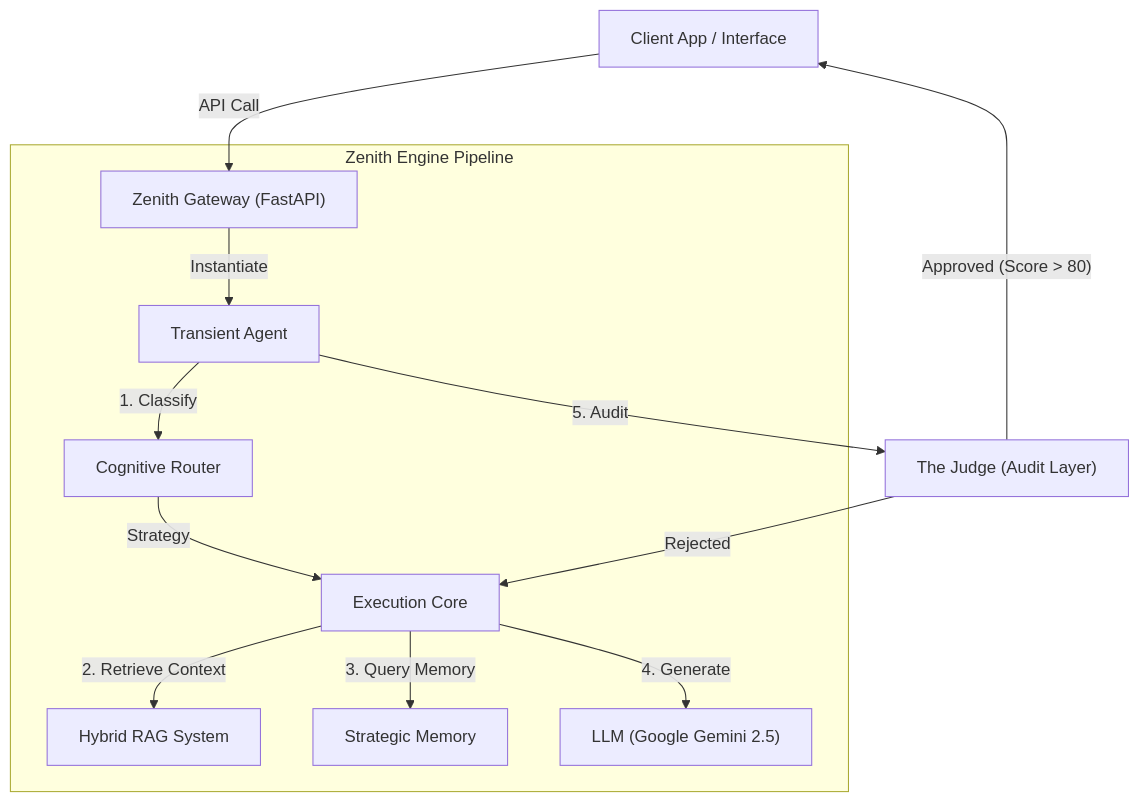
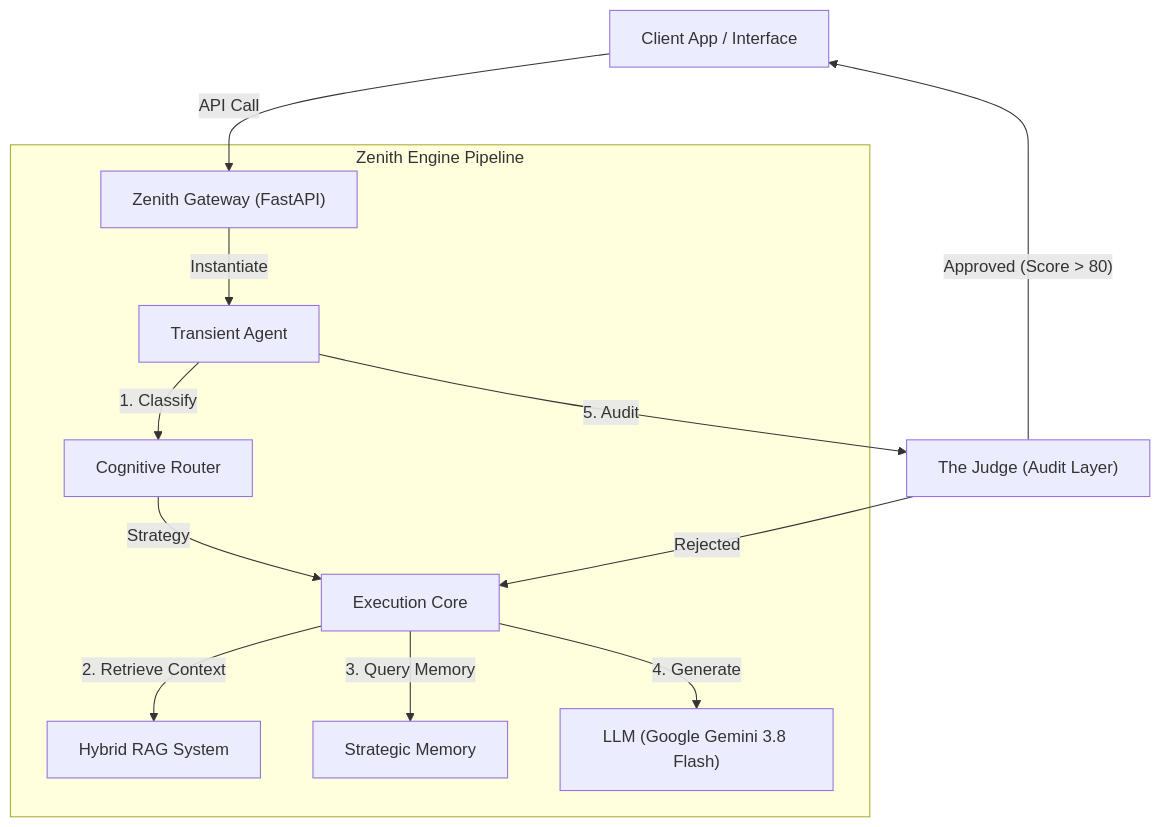
The diagram in README.md (stuartfsi05/Zenith-Prompt-Architect-Engine), drawn with Mermaid before and after one commit. The commit also changed other lines of this file and 14 other files, not shown here.

Commit message:
feat(llm): upgrade to Gemini 3.8 Flash hybrid stack and Gemini Embedding 2

````diff
--- a/README.md
+++ b/README.md
@@ -29,19 +29,19 @@
 ```mermaid
 graph TD
     Client["Client App / Interface"] -->|API Call| API["Zenith Gateway (FastAPI)"]
     
     subgraph "Zenith Engine Pipeline"
         API -->|Instantiate| Agent["Transient Agent"]
         Agent -->|1. Classify| Router["Cognitive Router"]
         
         Router -->|Strategy| Executor["Execution Core"]
         Executor -->|2. Retrieve Context| HybridRAG["Hybrid RAG System"]
         Executor -->|3. Query Memory| Profiler["Strategic Memory"]
         
-        Executor -->|4. Generate| LLM["LLM (Google Gemini 2.5)"]
+        Executor -->|4. Generate| LLM["LLM (Google Gemini 3.8 Flash)"]
     end
     
     Agent -->|5. Audit| Judge["The Judge (Audit Layer)"]
     Judge -- Approved (Score > 80) --> Client
     Judge -- Rejected --> Executor
 ```
````
